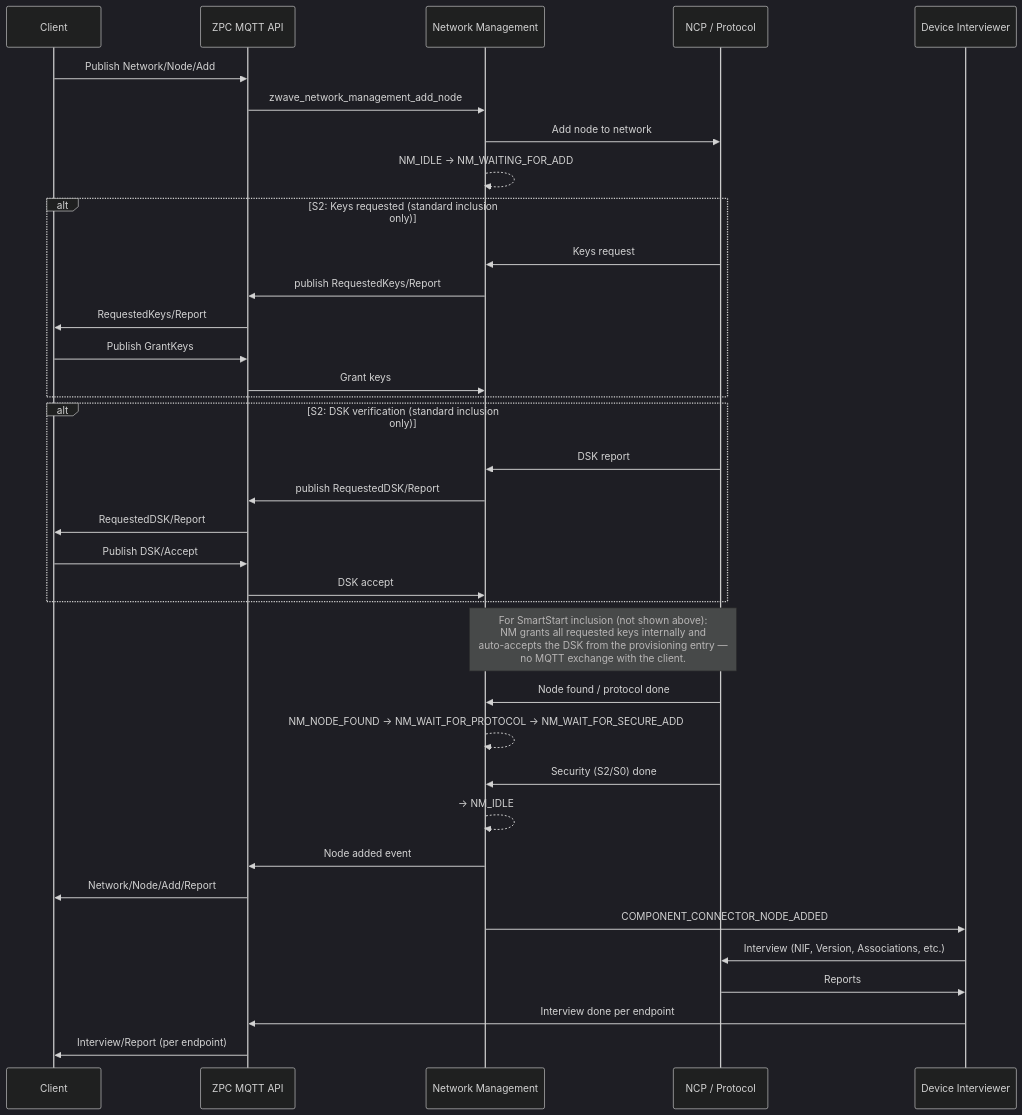
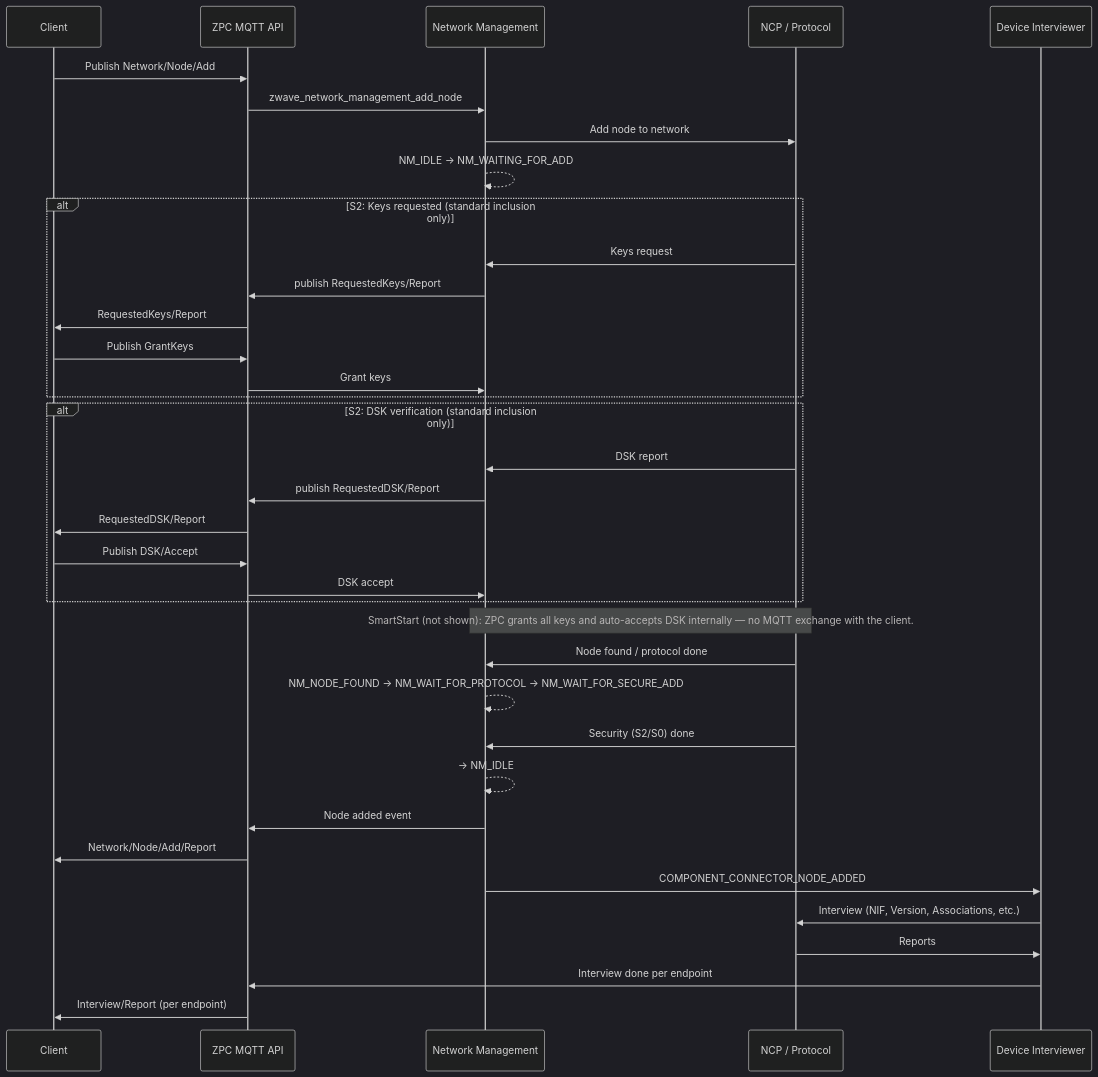
One commit to SiliconLabsSoftware/z-wave-protocol-controller changed the diagram in docs/sequences/inclusion_flow.md. Above: the diagram before and after it, drawn with Mermaid (dark theme). The commit also changed 14 other files, not shown here.

First line of the commit message:
#100: Fix invalid mermaid diagrams and add CI checks (#104)

````diff
--- a/docs/sequences/inclusion_flow.md
+++ b/docs/sequences/inclusion_flow.md
@@ -47,44 +47,44 @@
 ```mermaid
 sequenceDiagram
     participant Client
     participant MqttApi as ZPC MQTT API
     participant NM as Network Management
     participant NCP as NCP / Protocol
     participant DI as Device Interviewer
 
     Client->>MqttApi: Publish Network/Node/Add
     MqttApi->>NM: zwave_network_management_add_node
     NM->>NCP: Add node to network
     NM-->>NM: NM_IDLE → NM_WAITING_FOR_ADD
 
     alt S2: Keys requested (standard inclusion only)
         NCP->>NM: Keys request
         NM->>MqttApi: publish RequestedKeys/Report
         MqttApi->>Client: RequestedKeys/Report
         Client->>MqttApi: Publish GrantKeys
         MqttApi->>NM: Grant keys
     end
 
     alt S2: DSK verification (standard inclusion only)
         NCP->>NM: DSK report
         NM->>MqttApi: publish RequestedDSK/Report
         MqttApi->>Client: RequestedDSK/Report
         Client->>MqttApi: Publish DSK/Accept
         MqttApi->>NM: DSK accept
     end
 
-    Note over NM,NCP: For SmartStart inclusion (not shown above):<br/>NM grants all requested keys internally and<br/>auto-accepts the DSK from the provisioning entry —<br/>no MQTT exchange with the client.
+    Note over NM,NCP: SmartStart (not shown): ZPC grants all keys and auto-accepts DSK internally — no MQTT exchange with the client.
 
     NCP->>NM: Node found / protocol done
     NM-->>NM: NM_NODE_FOUND → NM_WAIT_FOR_PROTOCOL → NM_WAIT_FOR_SECURE_ADD
     NCP->>NM: Security (S2/S0) done
     NM-->>NM: → NM_IDLE
     NM->>MqttApi: Node added event
     MqttApi->>Client: Network/Node/Add/Report
 
     NM->>DI: COMPONENT_CONNECTOR_NODE_ADDED
     DI->>NCP: Interview (NIF, Version, Associations, etc.)
     NCP->>DI: Reports
     DI->>MqttApi: Interview done per endpoint
     MqttApi->>Client: Interview/Report (per endpoint)
 ```
````
